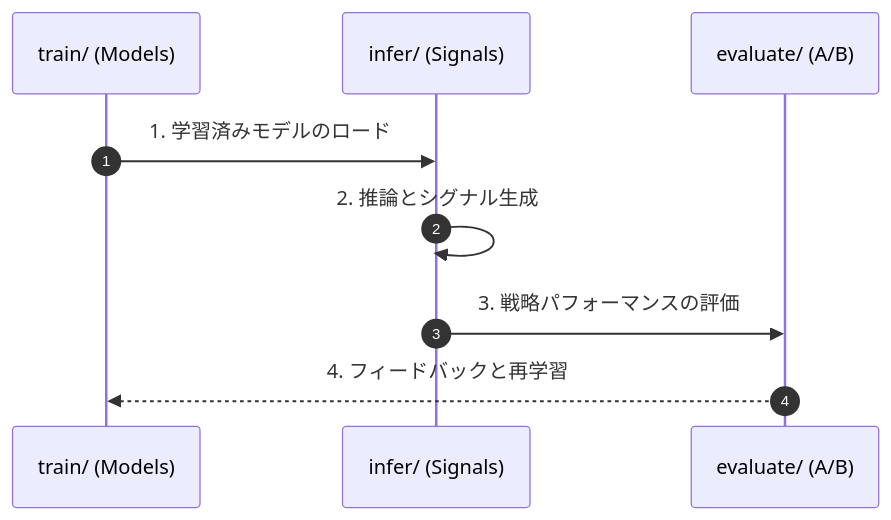
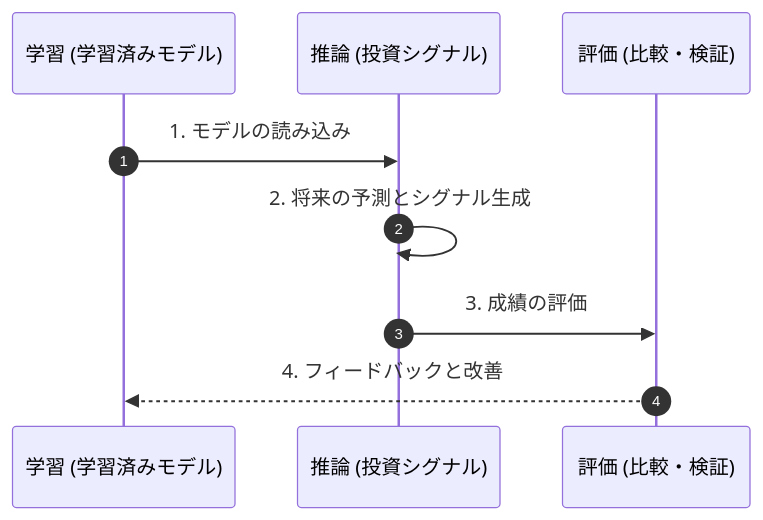
The diagram in ts-agent/src/pipeline/README.md (KAFKA2306/investor), drawn with Mermaid before and after one commit. The commit also changed other lines of this file and 19 other files, not shown here.

````diff
--- a/ts-agent/src/pipeline/README.md
+++ b/ts-agent/src/pipeline/README.md
@@ -3,12 +5,12 @@
 ```mermaid
 sequenceDiagram
     autonumber
-    participant T as train/ (Models)
-    participant I as infer/ (Signals)
-    participant E as evaluate/ (A/B)
+    participant T as 学習 (学習済みモデル)
+    participant I as 推論 (投資シグナル)
+    participant E as 評価 (比較・検証)
 
-    T->>I: 1. 学習済みモデルのロード
-    I->>I: 2. 推論とシグナル生成
-    I->>E: 3. 戦略パフォーマンスの評価
-    E-->>T: 4. フィードバックと再学習
+    T->>I: 1. モデルの読み込み
+    I->>I: 2. 将来の予測とシグナル生成
+    I->>E: 3. 成績の評価
+    E-->>T: 4. フィードバックと改善
 ```
````
